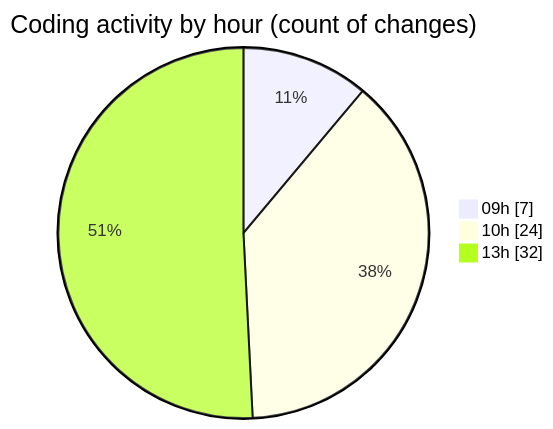
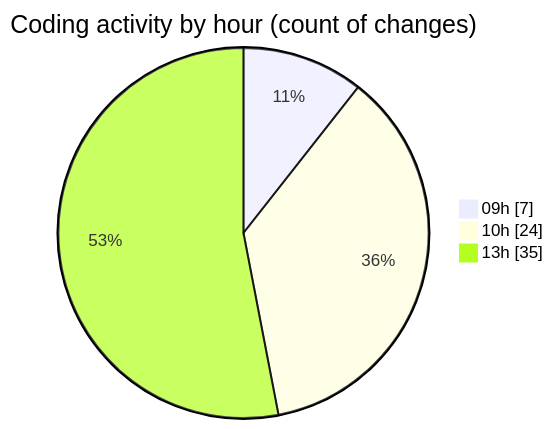
The second of 2 diagrams in 2025-04-10/cda/README.md (momahboobian/code-tracking), drawn with Mermaid before and after one commit. The commit also changed other lines of this file and 1 other file, not shown here.

````diff
--- a/2025-04-10/cda/README.md
+++ b/2025-04-10/cda/README.md
@@ -31,7 +32,7 @@
 ```mermaid
 pie showData
 title Coding activity by hour (count of changes)
 "09h" : 7
 "10h" : 24
-"13h" : 32
+"13h" : 35
 ```
````
